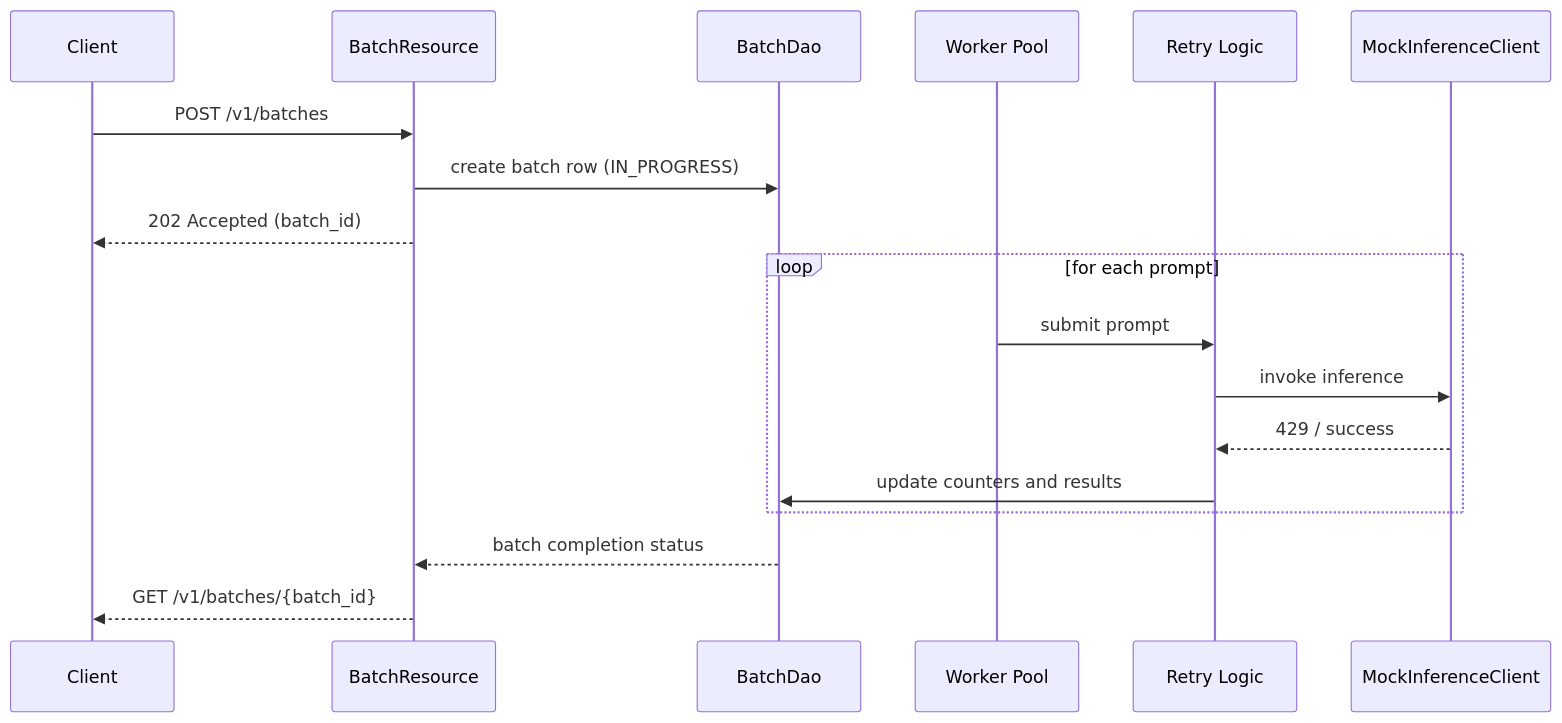
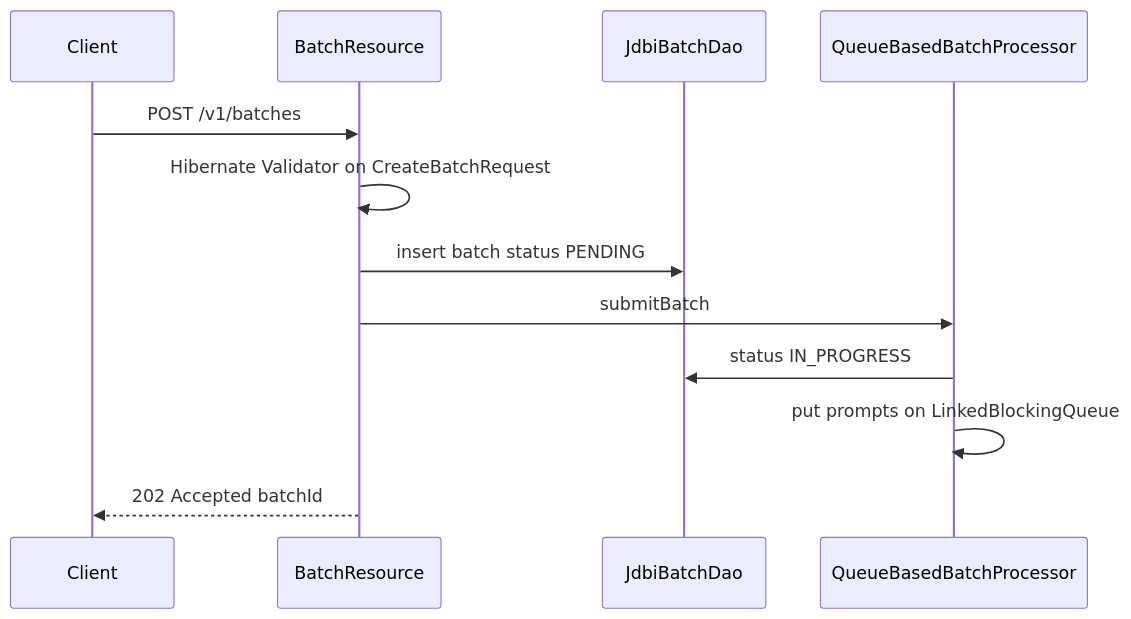
One commit to SarthakChowdhury/SarthakChowdhury.github.io changed the first of 4 diagrams in docs/architecture.md. Above: the diagram before and after it, drawn with Mermaid. The commit also changed other lines of this file and 78 other files, not shown here.

````diff
--- a/docs/architecture.md
+++ b/docs/architecture.md
@@ -3,21 +5,15 @@
 ```mermaid
 sequenceDiagram
     participant Client
     participant API as BatchResource
-    participant DB as BatchDao
-    participant Pool as Worker Pool
-    participant Retry as Retry Logic
-    participant Inference as MockInferenceClient
+    participant DB as JdbiBatchDao
+    participant Processor as QueueBasedBatchProcessor
 
     Client->>API: POST /v1/batches
-    API->>DB: create batch row (IN_PROGRESS)
-    API-->>Client: 202 Accepted (batch_id)
-    loop for each prompt
-        Pool->>Retry: submit prompt
-        Retry->>Inference: invoke inference
-        Inference-->>Retry: 429 / success
-        Retry->>DB: update counters and results
-    end
-    DB-->>API: batch completion status
-    API-->>Client: GET /v1/batches/{batch_id}
+    API->>API: Hibernate Validator on CreateBatchRequest
+    API->>DB: insert batch status PENDING
+    API->>Processor: submitBatch
+    Processor->>DB: status IN_PROGRESS
+    Processor->>Processor: put prompts on LinkedBlockingQueue
+    API-->>Client: 202 Accepted batchId
 ```
````
